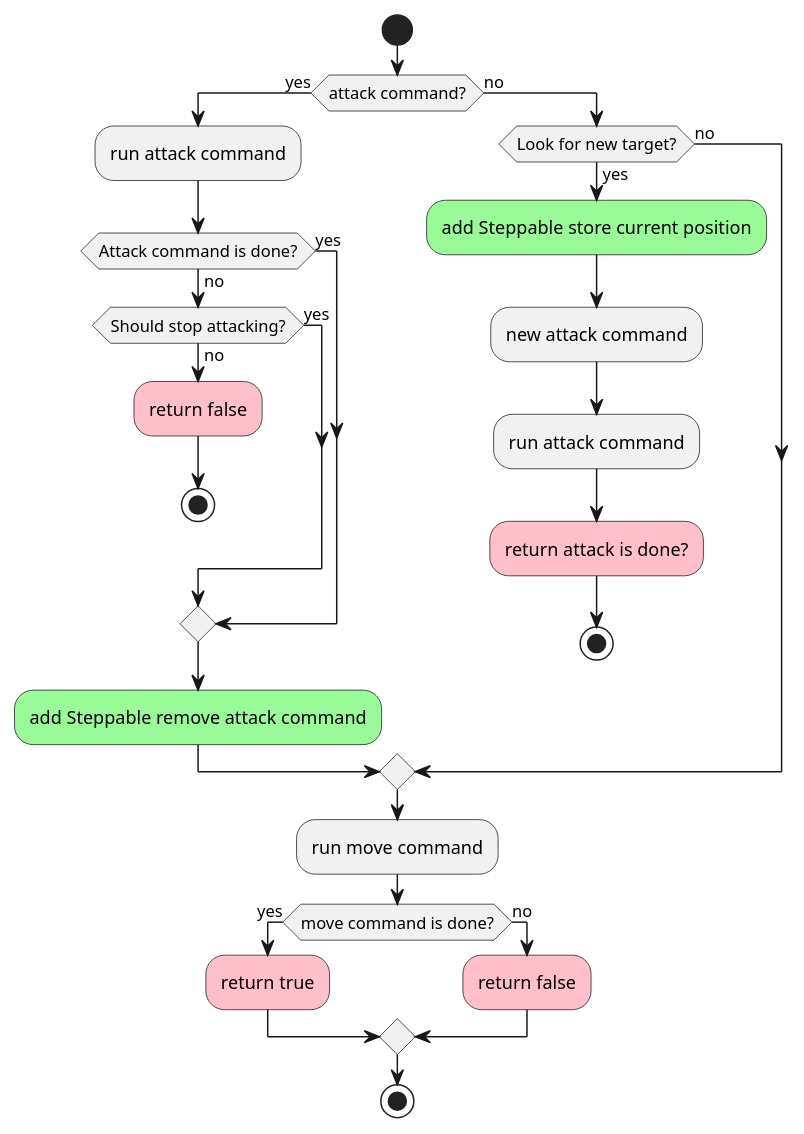
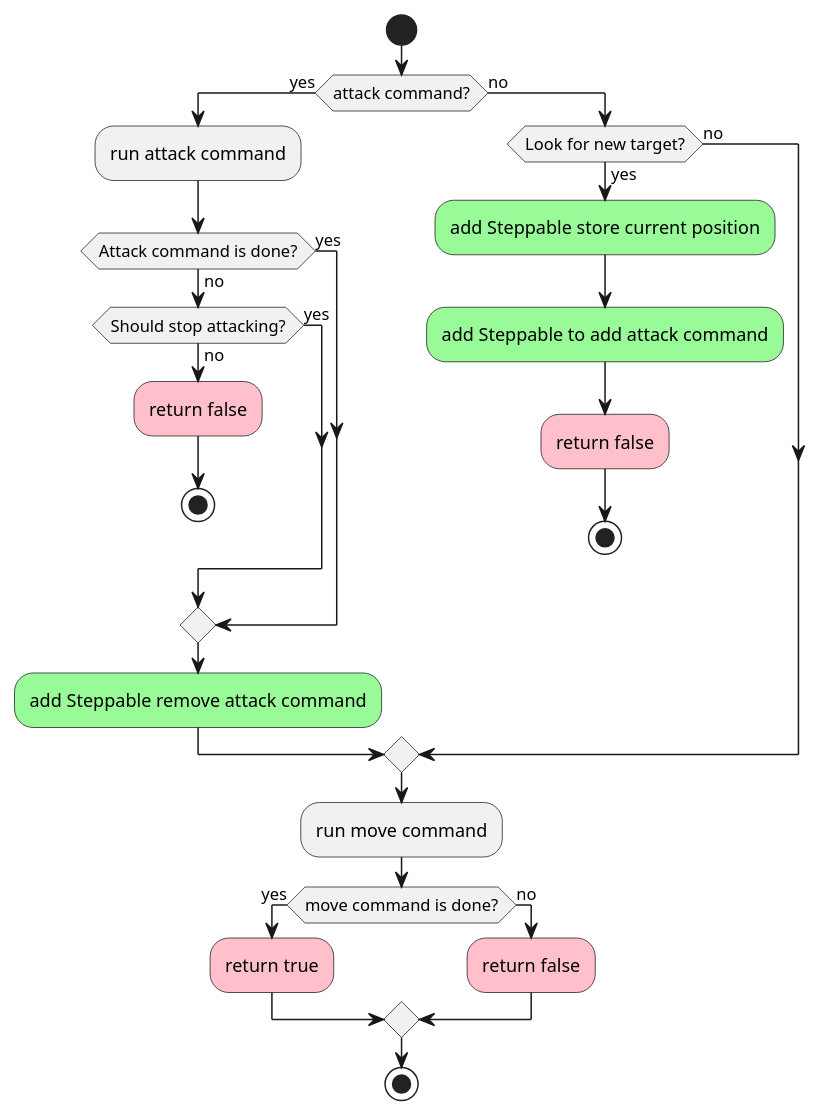
The diagram in doc/sequence/attackMoveCommand.pu (SimonPiCarter/octopus_game_engine), drawn with PlantUML before and after one commit.

Commit message:
fixed sequence for attack move

```diff
--- a/doc/sequence/attackMoveCommand.pu
+++ b/doc/sequence/attackMoveCommand.pu
@@ -1,39 +1,38 @@
 @startuml attackMoveCommand
 
 start
 
 if (attack command?) then (yes)
 	:run attack command;
 	if (Attack command is done?) then (yes)
 	else (no)
 		if (Should stop attacking?) then (yes)
 		else (no)
 			#pink:return false;
 			stop
 		endif
 	endif
 	#palegreen:add Steppable remove attack command;
 else (no)
 
 	if (Look for new target?) then (yes)
 		#palegreen:add Steppable store current position;
-		:new attack command;
-		:run attack command;
-		#pink:return attack is done?;
+		#palegreen:add Steppable to add attack command;
+		#pink:return false;
 		stop
 	else (no)
 endif
 
 endif
 
 :run move command;
 
 if (move command is done?) then (yes)
 	#pink:return true;
 else (no)
 	#pink:return false;
 endif
 
 stop
 
 @enduml
```
